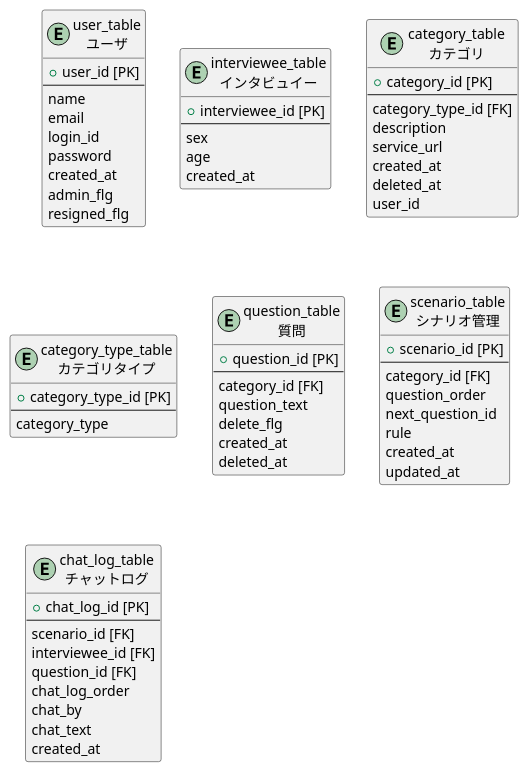
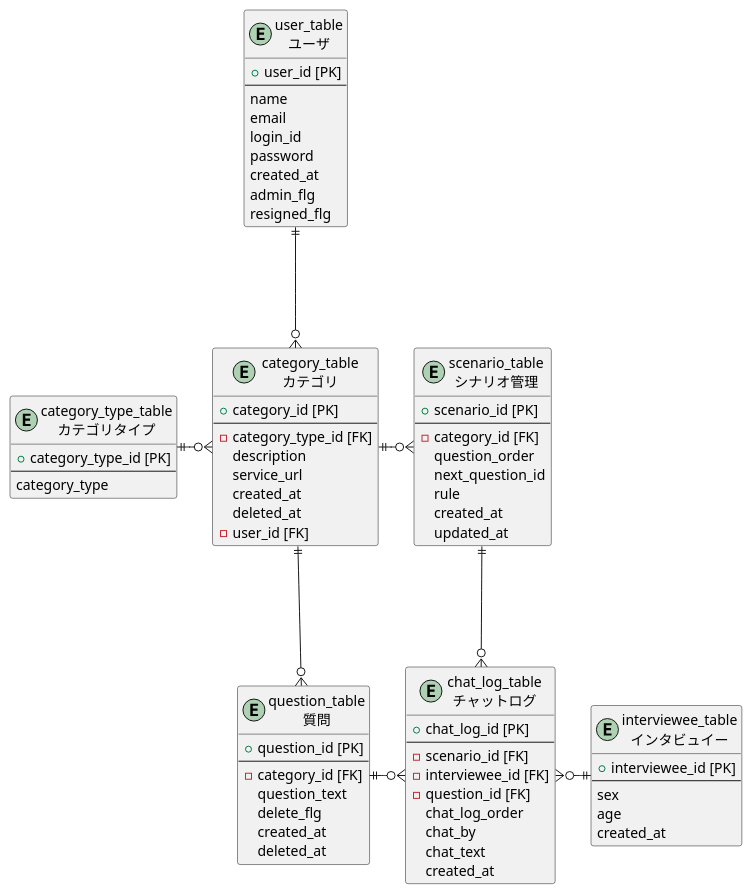
One commit to SuperMisoSoup/interviewtool_v1 changed the diagram in md/interviewtool_DB.pu. Above: the diagram before and after it, drawn with PlantUML. The commit also changed 3 other files, not shown here.

```diff
--- a/md/interviewtool_DB.pu
+++ b/md/interviewtool_DB.pu
@@ -1,72 +1,80 @@
 @startuml tables
 entity user_table as "user_table\nユーザ" {
   + user_id [PK]
   --
   name
   email
   login_id
   password
   created_at
   admin_flg
   resigned_flg
 }
 
 entity interviewee_table as "interviewee_table\nインタビュイー" {
   + interviewee_id [PK]
   --
   sex
   age
   created_at
 }
 
 entity category_table as "category_table\nカテゴリ" {
   + category_id [PK]
   --
-  category_type_id [FK]
+  - category_type_id [FK]
   description
   service_url
   created_at
   deleted_at
-  user_id
+  - user_id [FK]
 }
 
 entity category_type_table as "category_type_table\nカテゴリタイプ" {
   + category_type_id [PK]
   --
   category_type
 }
 
 entity question_table as "question_table\n質問" {
   + question_id [PK]
   --
-  category_id [FK]
+  - category_id [FK]
   question_text
   delete_flg
   created_at
   deleted_at
 }
 
 entity scenario_table as "scenario_table\nシナリオ管理" {
   + scenario_id [PK]
   --
-  category_id [FK]
+  - category_id [FK]
   question_order
   next_question_id
   rule
   created_at
   updated_at
 }
 
 entity chat_log_table as "chat_log_table\nチャットログ" {
   + chat_log_id [PK]
   --
-  scenario_id [FK]
-  interviewee_id [FK]
-  question_id [FK]
+  - scenario_id [FK]
+  - interviewee_id [FK]
+  - question_id [FK]
   chat_log_order
   chat_by
   chat_text
   created_at
 }
 
+user_table ||-d--o{ category_table
+category_type_table ||-r--o{ category_table
+category_table ||-o{ scenario_table
+category_table ||-d--o{ question_table
+interviewee_table ||-l--o{ chat_log_table
+question_table ||-o{ chat_log_table
+scenario_table ||-d--o{ chat_log_table
+
 @enduml
```
